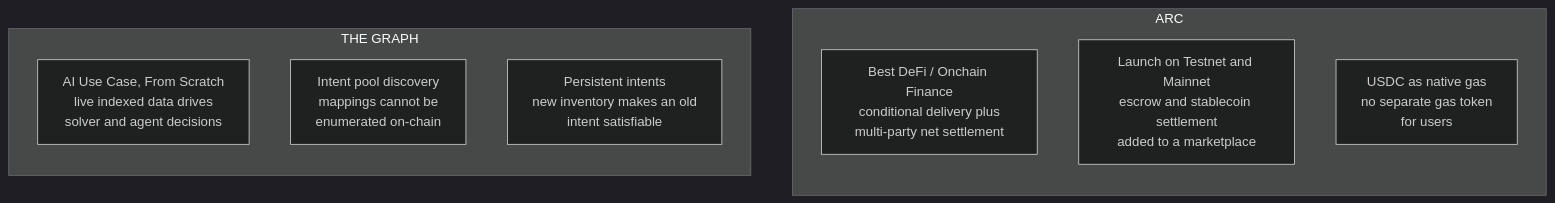
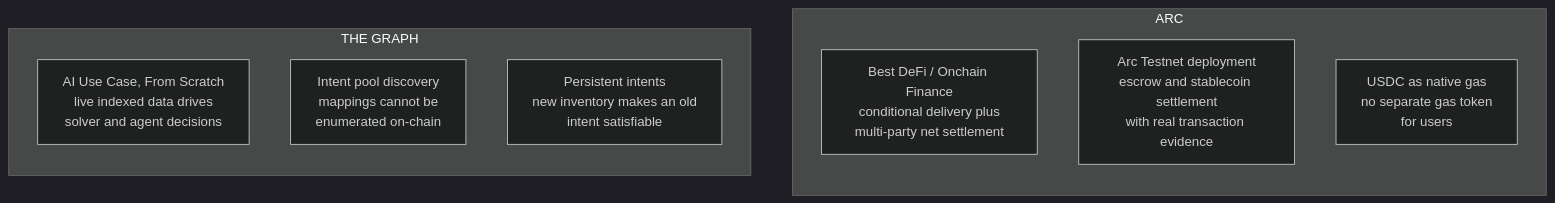
One commit to angelphoon7/online2026 changed the sixth of 25 diagrams in README.md. Above: the diagram before and after it, drawn with Mermaid (dark theme). The commit also changed other lines of this file and 35 other files, not shown here.

````diff
--- a/README.md
+++ b/README.md
@@ -618,16 +623,16 @@
 ```mermaid
 flowchart TB
     subgraph ARC["ARC"]
         direction TB
         A1["Best DeFi / Onchain Finance<br/>conditional delivery plus<br/>multi-party net settlement"]
-        A2["Launch on Testnet and Mainnet<br/>escrow and stablecoin settlement<br/>added to a marketplace"]
+        A2["Arc Testnet deployment<br/>escrow and stablecoin settlement<br/>with real transaction evidence"]
         A3["USDC as native gas<br/>no separate gas token<br/>for users"]
     end
 
     subgraph GRAPH["THE GRAPH"]
         direction TB
         G1["AI Use Case, From Scratch<br/>live indexed data drives<br/>solver and agent decisions"]
         G2["Intent pool discovery<br/>mappings cannot be<br/>enumerated on-chain"]
         G3["Persistent intents<br/>new inventory makes an old<br/>intent satisfiable"]
     end
 ```
````
